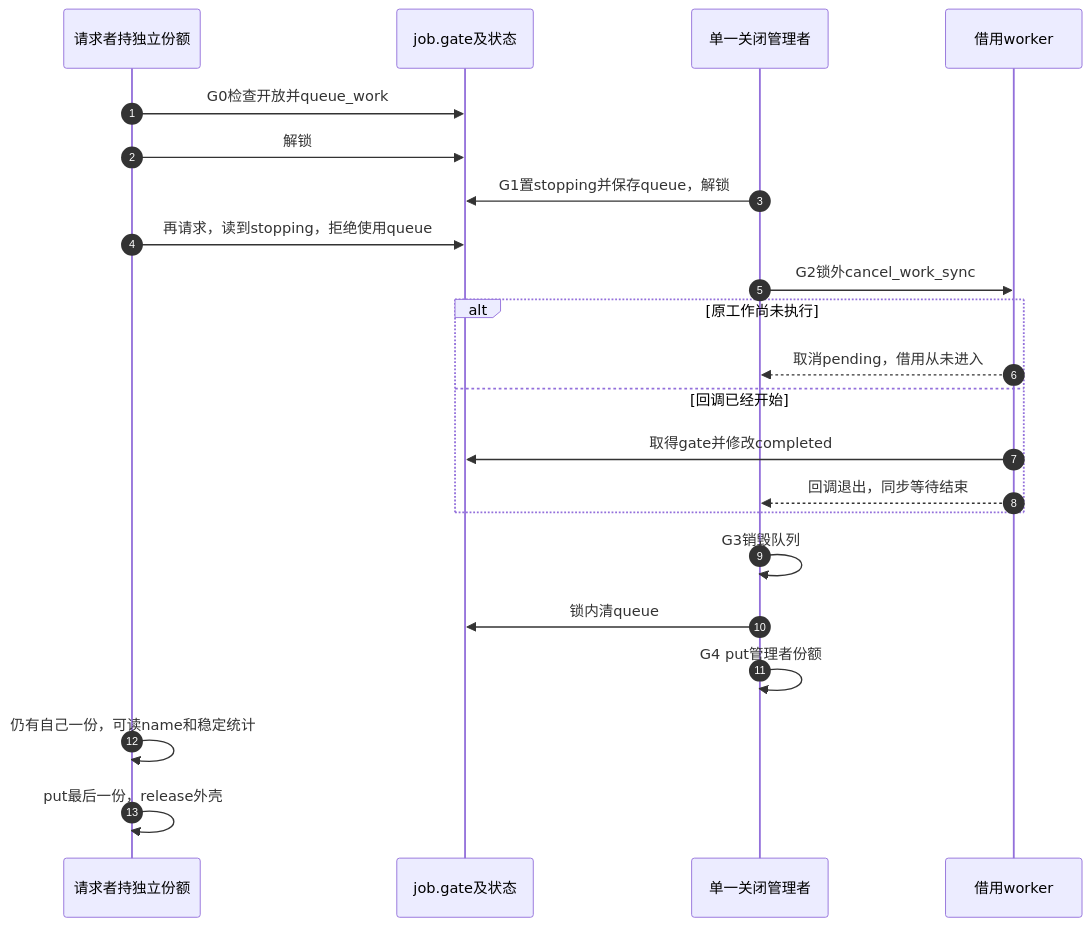
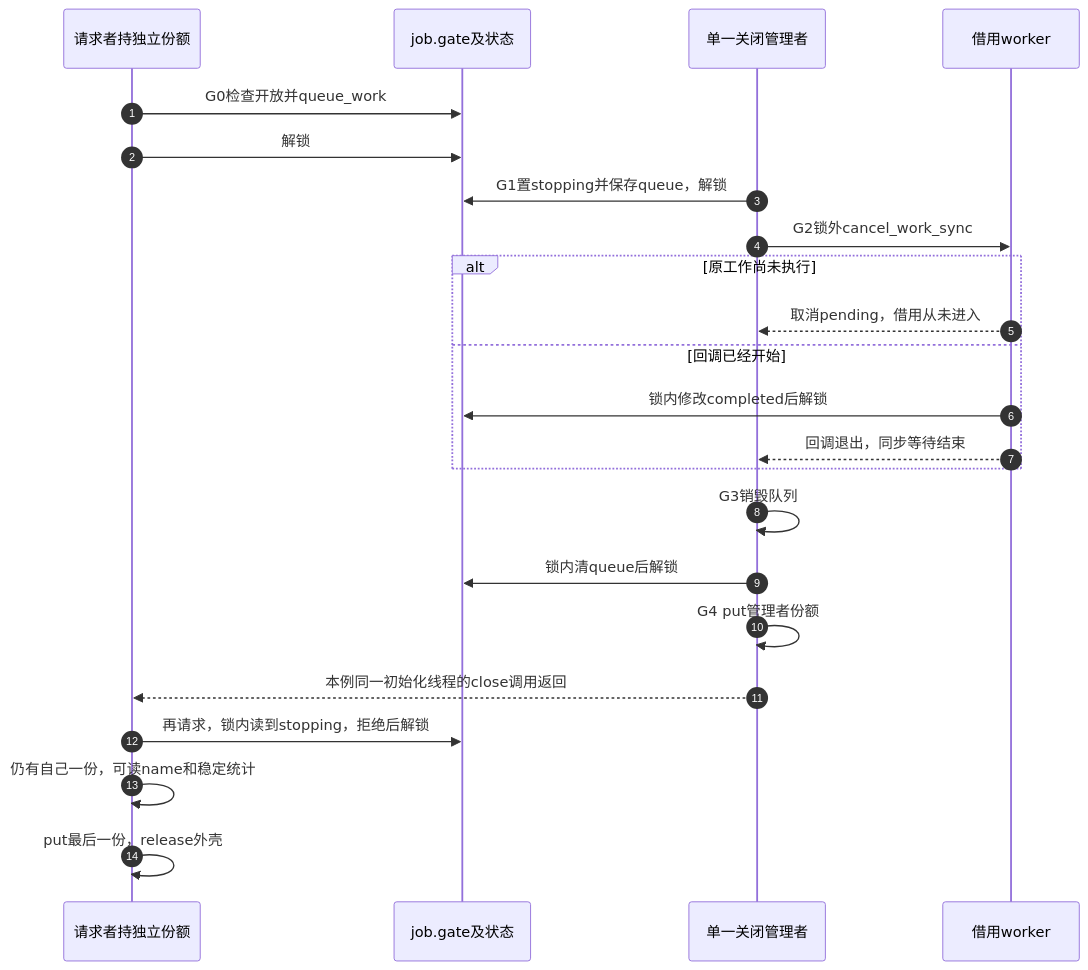
Before and after one commit to FormingSystem/linux_note: the second of 2 diagrams in knowledge/linux/object_lifetime/kref/P24_删除入口与活动排空工程模板.md, drawn with Mermaid. The commit also changed other lines of this file, not shown here.

````diff
--- a/knowledge/linux/object_lifetime/kref/P24_删除入口与活动排空工程模板.md
+++ b/knowledge/linux/object_lifetime/kref/P24_删除入口与活动排空工程模板.md
@@ -50,24 +50,25 @@
 ```mermaid
 sequenceDiagram
     autonumber
     participant U as 请求者持独立份额
     participant G as job.gate及状态
     participant M as 单一关闭管理者
     participant W as 借用worker
     U->>G: G0检查开放并queue_work
     U->>G: 解锁
     M->>G: G1置stopping并保存queue，解锁
-    U->>G: 再请求，读到stopping，拒绝使用queue
     M->>W: G2锁外cancel_work_sync
     alt 原工作尚未执行
         W-->>M: 取消pending，借用从未进入
     else 回调已经开始
-        W->>G: 取得gate并修改completed
+        W->>G: 锁内修改completed后解锁
         W-->>M: 回调退出，同步等待结束
     end
     M->>M: G3销毁队列
-    M->>G: 锁内清queue
+    M->>G: 锁内清queue后解锁
     M->>M: G4 put管理者份额
+    M-->>U: 本例同一初始化线程的close调用返回
+    U->>G: 再请求，锁内读到stopping，拒绝后解锁
     U->>U: 仍有自己一份，可读name和稳定统计
     U->>U: put最后一份，release外壳
 ```
````
